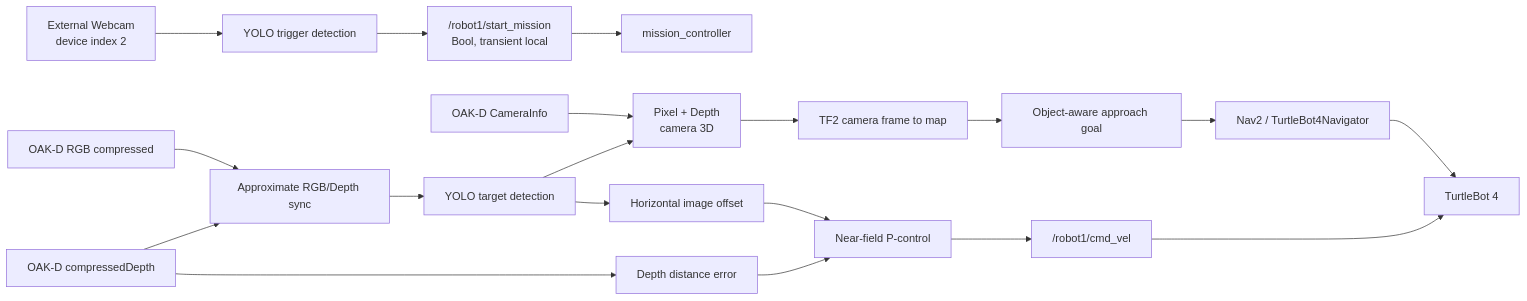
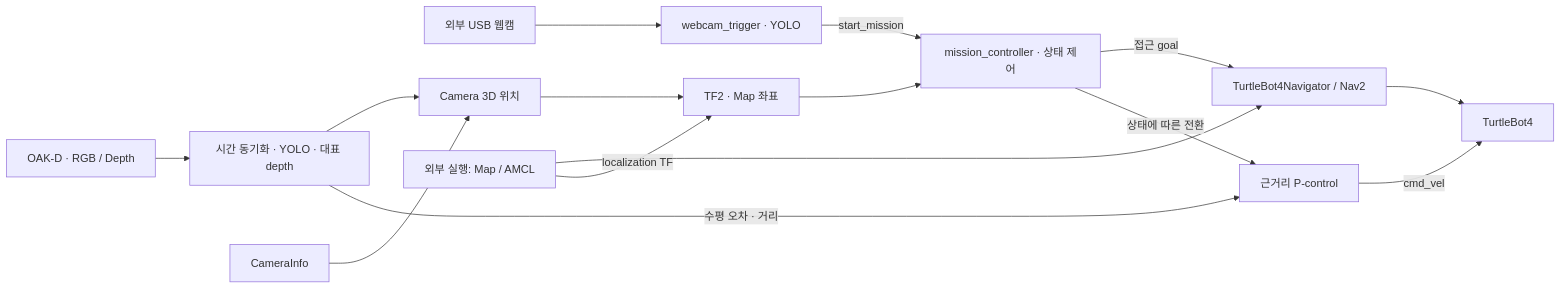
The second of 2 diagrams in README.md (asdfzd/mini_project), drawn with Mermaid before and after one commit. The commit also changed other lines of this file and 2 other files, not shown here.

````diff
--- a/README.md
+++ b/README.md
@@ -29,23 +60,17 @@
 ```mermaid
 flowchart LR
-    Webcam["External Webcam<br/>device index 2"] --> TriggerYOLO["YOLO trigger detection"]
-    TriggerYOLO --> Start["/robot1/start_mission<br/>Bool, transient local"]
-    Start --> Mission["mission_controller"]
-
-    OAKRGB["OAK-D RGB compressed"] --> Sync["Approximate RGB/Depth sync"]
-    OAKDepth["OAK-D compressedDepth"] --> Sync
-    CameraInfo["OAK-D CameraInfo"] --> Projection["Pixel + Depth<br/>camera 3D"]
-    Sync --> RobotYOLO["YOLO target detection"]
-    RobotYOLO --> Projection
-    Projection --> TF2["TF2 camera frame to map"]
-    TF2 --> Goal["Object-aware approach goal"]
-    Goal --> Nav2["Nav2 / TurtleBot4Navigator"]
-    Nav2 --> Base["TurtleBot 4"]
-
-    RobotYOLO --> Offset["Horizontal image offset"]
-    OAKDepth --> DepthError["Depth distance error"]
-    Offset --> PControl["Near-field P-control"]
-    DepthError --> PControl
-    PControl --> CmdVel["/robot1/cmd_vel"]
-    CmdVel --> Base
+    Webcam["외부 USB 웹캠"] --> Trigger["webcam_trigger · YOLO"]
+    Trigger -->|start_mission| Mission["mission_controller · 상태 제어"]
+    OAK["OAK-D · RGB / Depth"] --> Vision["시간 동기화 · YOLO · 대표 depth"]
+    Info["CameraInfo"] --> Position["Camera 3D 위치"]
+    Vision --> Position
+    Position --> TF["TF2 · Map 좌표"]
+    TF --> Mission
+    Mission -->|접근 goal| Nav["TurtleBot4Navigator / Nav2"]
+    External["외부 실행: Map / AMCL"] --> Nav
+    External -->|localization TF| TF
+    Vision -->|수평 오차 · 거리| Track["근거리 P-control"]
+    Mission -->|상태에 따른 전환| Track
+    Nav --> Robot["TurtleBot4"]
+    Track -->|cmd_vel| Robot
 ```
````
